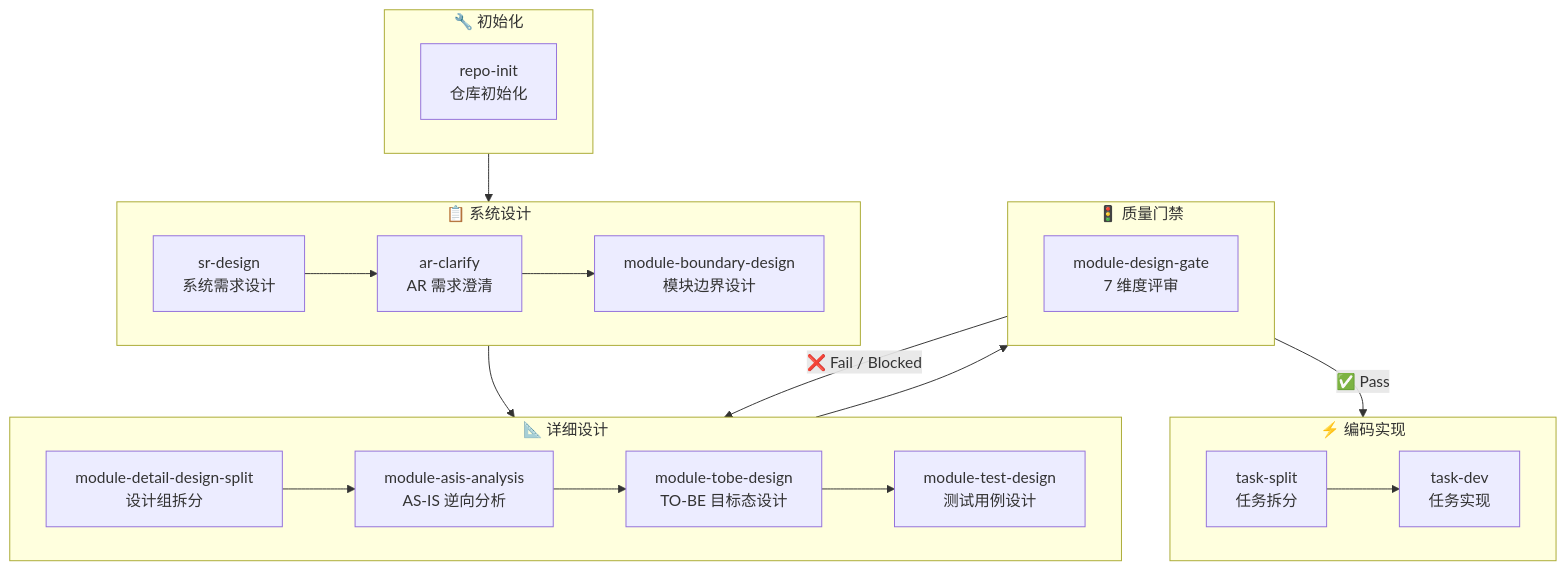
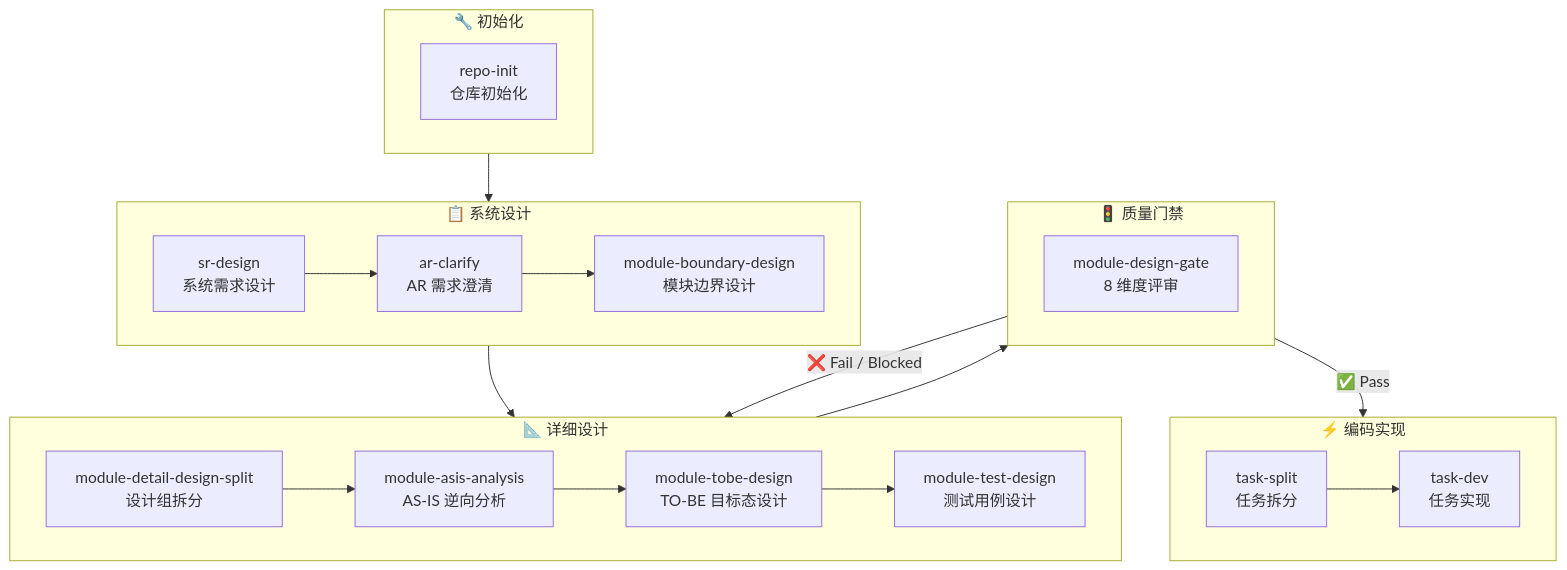
The diagram in README.md (Tudou77826/Awesome-Agent-Workflow), drawn with Mermaid before and after one commit. The commit also changed other lines of this file and 7 other files, not shown here.

````diff
--- a/README.md
+++ b/README.md
@@ -17,31 +17,31 @@
 ```mermaid
 flowchart TD
     subgraph Init["🔧 初始化"]
         A["repo-init<br/>仓库初始化"]
     end
 
     subgraph Design["📋 系统设计"]
         B["sr-design<br/>系统需求设计"] --> C["ar-clarify<br/>AR 需求澄清"]
         C --> D["module-boundary-design<br/>模块边界设计"]
     end
 
     subgraph Detail["📐 详细设计"]
         E["module-detail-design-split<br/>设计组拆分"] --> F["module-asis-analysis<br/>AS-IS 逆向分析"]
         F --> G["module-tobe-design<br/>TO-BE 目标态设计"]
         G --> H["module-test-design<br/>测试用例设计"]
     end
 
     subgraph Gate["🚦 质量门禁"]
-        I["module-design-gate<br/>7 维度评审"]
+        I["module-design-gate<br/>8 维度评审"]
     end
 
     subgraph Impl["⚡ 编码实现"]
         J["task-split<br/>任务拆分"] --> K["task-dev<br/>任务实现"]
     end
 
     Init --> Design
     Design --> Detail
     Detail --> Gate
     Gate -->|"✅ Pass"| Impl
     Gate -->|"❌ Fail / Blocked"| Detail
 ```
````
